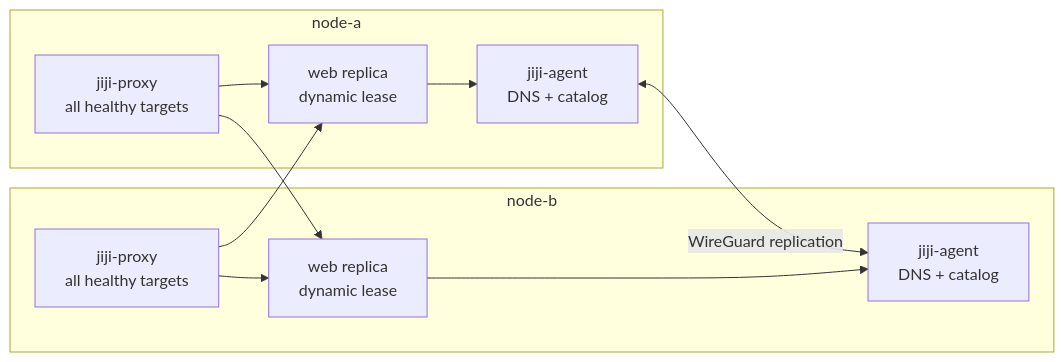
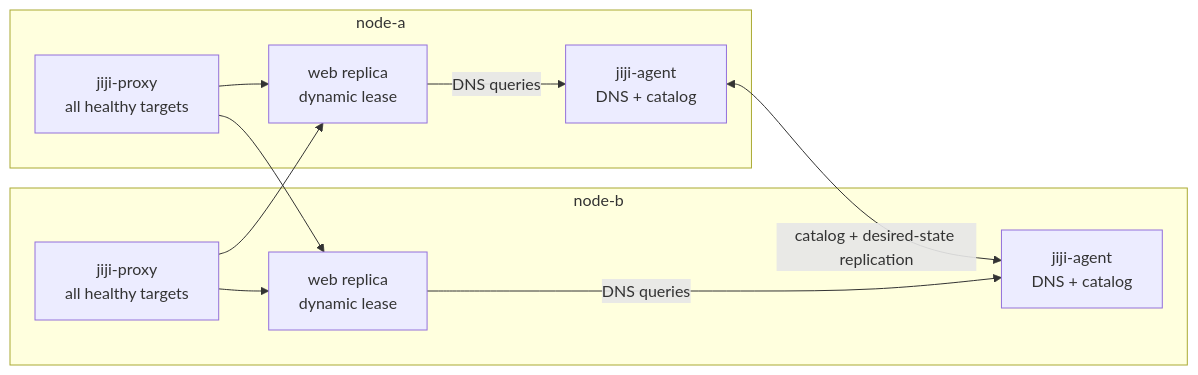
One commit to acidtib/jiji-website changed the diagram in app/docs/reference/network/page.mdx. Above: the diagram before and after it, drawn with Mermaid. The commit also changed 7 other files, not shown here.

````diff
--- a/app/docs/reference/network/page.mdx
+++ b/app/docs/reference/network/page.mdx
@@ -15,25 +15,25 @@
 ```mermaid
 flowchart LR
   accTitle: Distributed Jiji service network
   accDescr: Two project agents replicate desired placement and the service catalog over WireGuard. Each agent answers DNS from the same converged catalog, while service containers use dynamically leased addresses.
 
   subgraph a["node-a"]
     agentA["jiji-agent<br/>DNS + catalog"]
     appA["web replica<br/>dynamic lease"]
     proxyA["jiji-proxy<br/>all healthy targets"]
   end
 
   subgraph b["node-b"]
     agentB["jiji-agent<br/>DNS + catalog"]
     appB["web replica<br/>dynamic lease"]
     proxyB["jiji-proxy<br/>all healthy targets"]
   end
 
-  agentA <-->|"WireGuard replication"| agentB
-  appA --> agentA
-  appB --> agentB
+  agentA <-->|"catalog + desired-state replication"| agentB
+  appA -->|"DNS queries"| agentA
+  appB -->|"DNS queries"| agentB
   proxyA --> appA
   proxyA --> appB
   proxyB --> appA
   proxyB --> appB
 ```
````
